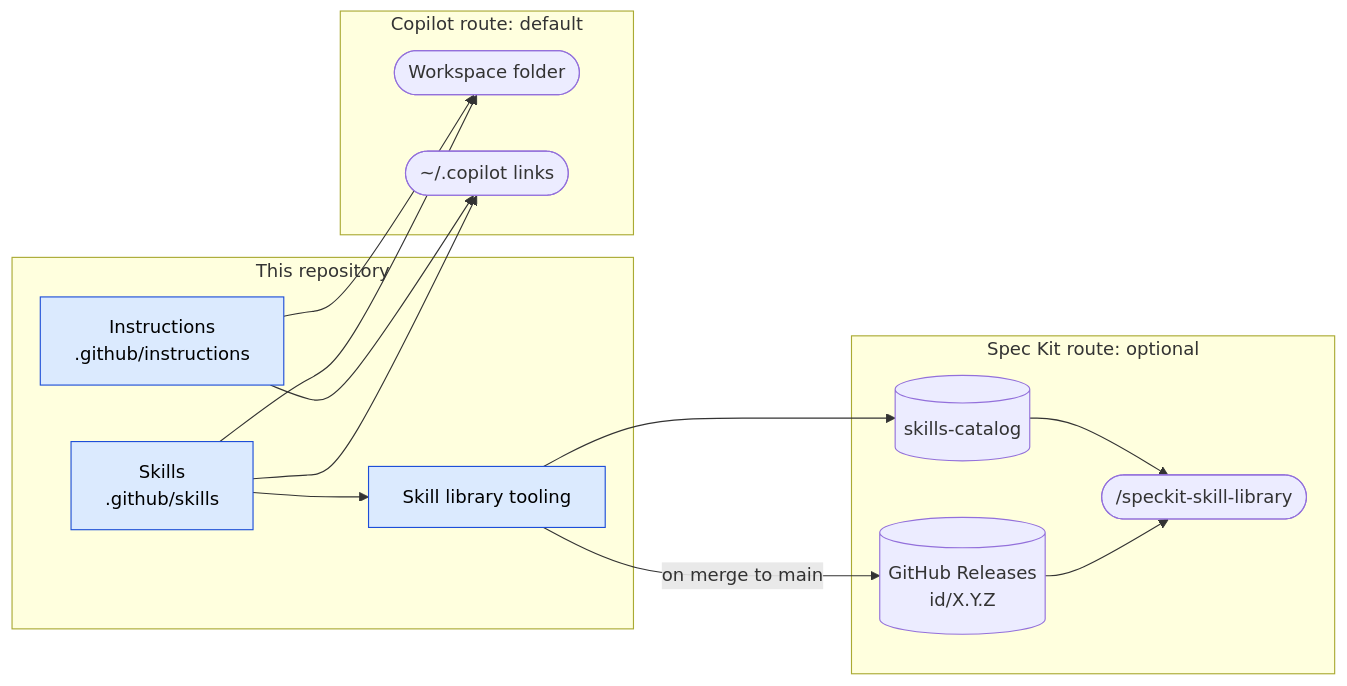
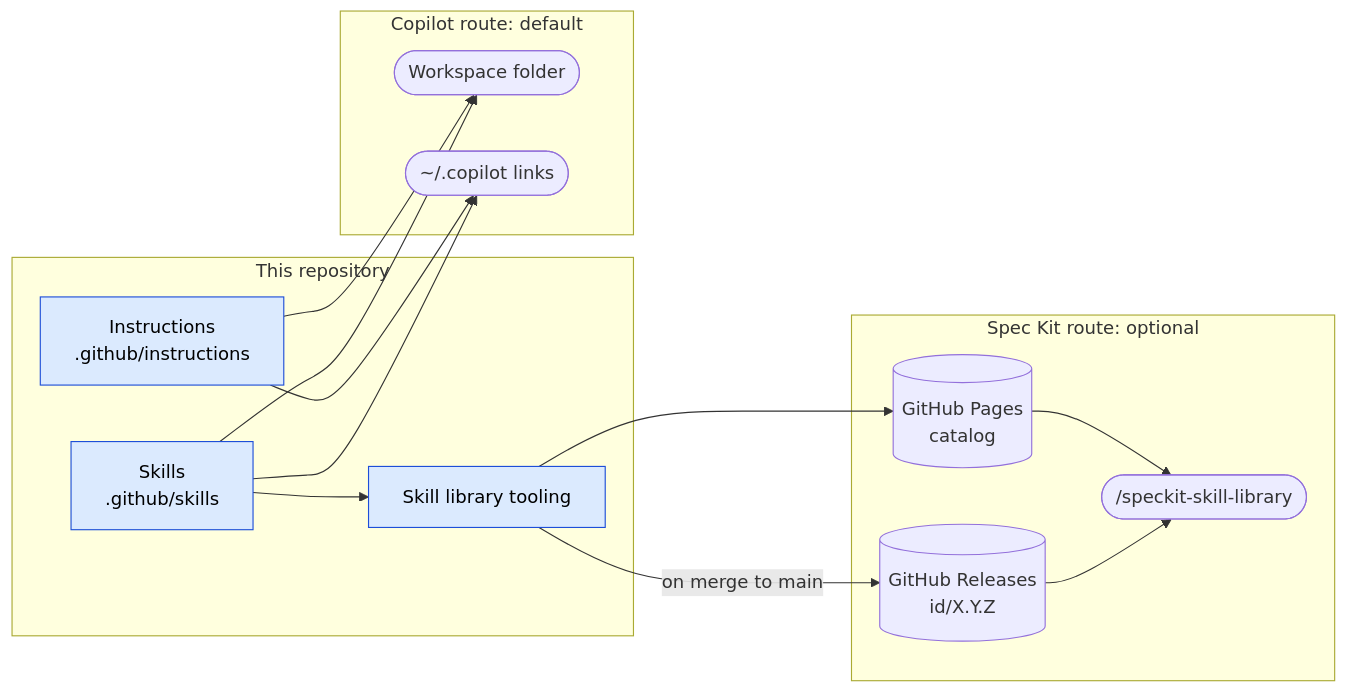
Before and after one commit to f2calv/.github: the diagram in README.md, drawn with Mermaid. The commit also changed other lines of this file and 4 other files, not shown here.

First line of the commit message:
docs: add end-to-end demos and document the Pages catalog

````diff
--- a/README.md
+++ b/README.md
@@ -20,32 +20,32 @@
 ```mermaid
 flowchart LR
     subgraph repo [This repository]
         instr[Instructions<br/>.github/instructions]
         skills[Skills<br/>.github/skills]
         tools[Skill library tooling]
     end
 
     subgraph copilot [Copilot route: default]
         ws([Workspace folder])
         personal(["~/.copilot links"])
     end
 
     subgraph speckit [Spec Kit route: optional]
         rel[(GitHub Releases<br/>id/X.Y.Z)]
-        cat[(skills-catalog)]
+        cat[(GitHub Pages<br/>catalog)]
         cmd(["/speckit-skill-library"])
     end
 
     instr --> ws
     skills --> ws
     instr --> personal
     skills --> personal
     skills --> tools
     tools -- "on merge to main" --> rel
     tools --> cat
     cat --> cmd
     rel --> cmd
 
     classDef owned fill:#dbeafe,stroke:#1d4ed8,color:#000
     class instr,skills,tools owned
 ```
````
